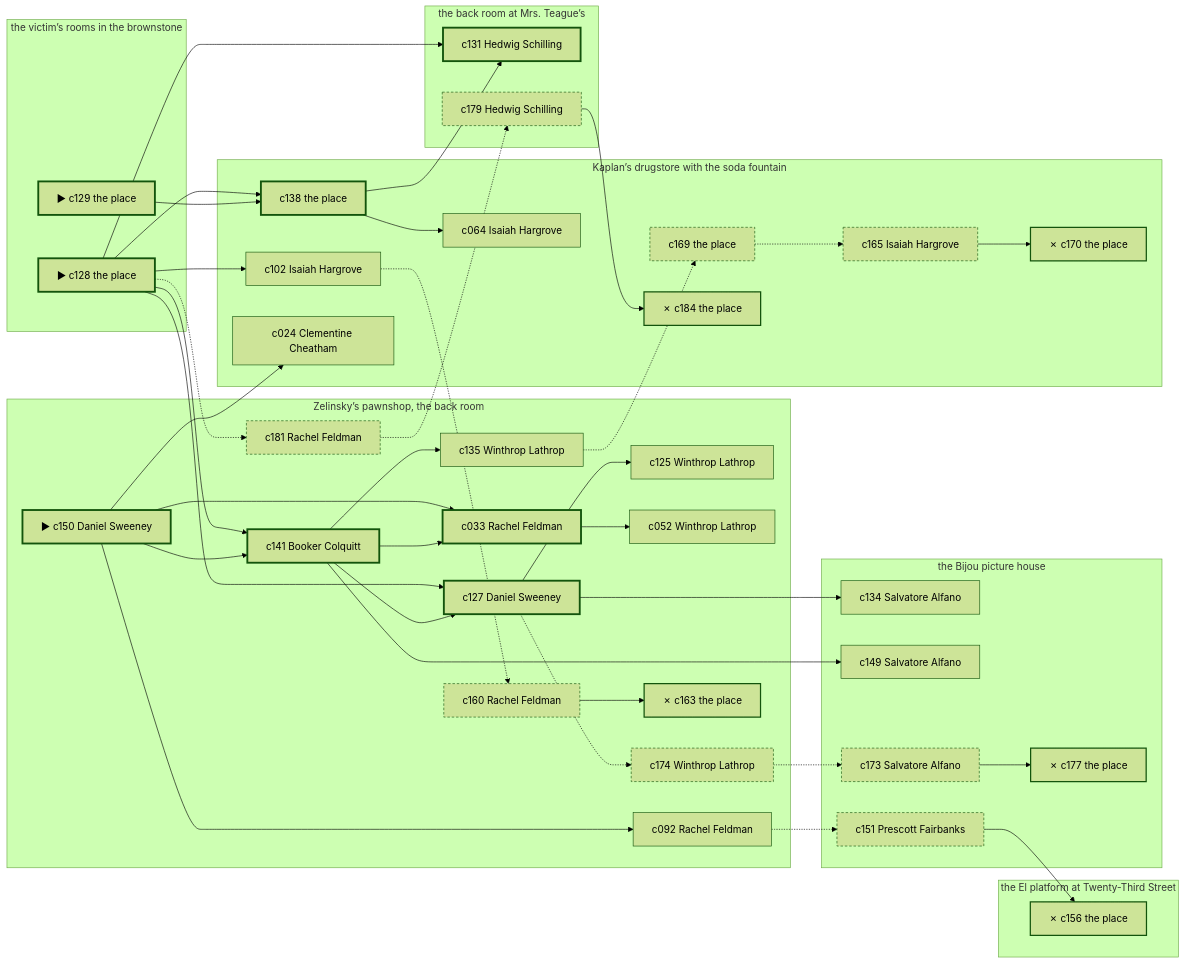
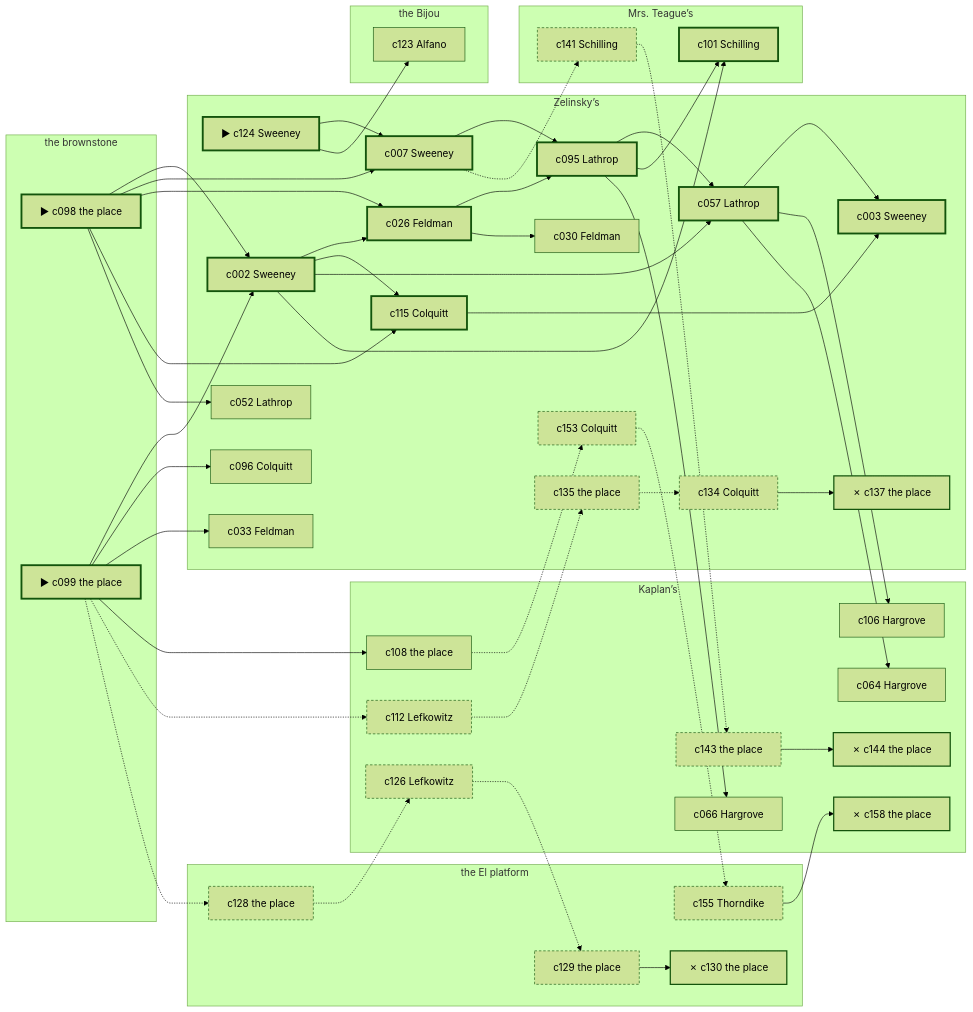
Before and after one commit to lyamshin/dashiell: the diagram in docs/samples/case-18.md, drawn with Mermaid (forest theme). The commit also changed other lines of this file and 60 other files, not shown here.

````diff
--- a/docs/samples/case-18.md
+++ b/docs/samples/case-18.md
@@ -307,85 +319,96 @@
 ```mermaid
 graph LR
-  subgraph P1["the El platform at Twenty-Third Street"]
-    c156["✗ c156 the place"]
+  subgraph P1["the El platform"]
+    c128["c128 the place"]
+    c129["c129 the place"]
+    c130["✗ c130 the place"]
+    c155["c155 Thorndike"]
   end
-  subgraph P2["the victim’s rooms in the brownstone"]
-    c128["▶ c128 the place"]
-    c129["▶ c129 the place"]
+  subgraph P2["the brownstone"]
+    c098["▶ c098 the place"]
+    c099["▶ c099 the place"]
   end
-  subgraph P3["Zelinsky’s pawnshop, the back room"]
-    c150["▶ c150 Daniel Sweeney"]
-    c141["c141 Booker Colquitt"]
-    c033["c033 Rachel Feldman"]
-    c127["c127 Daniel Sweeney"]
-    c125["c125 Winthrop Lathrop"]
-    c052["c052 Winthrop Lathrop"]
-    c135["c135 Winthrop Lathrop"]
-    c092["c092 Rachel Feldman"]
-    c174["c174 Winthrop Lathrop"]
-    c160["c160 Rachel Feldman"]
-    c163["✗ c163 the place"]
-    c181["c181 Rachel Feldman"]
+  subgraph P3["Zelinsky’s"]
+    c124["▶ c124 Sweeney"]
+    c002["c002 Sweeney"]
+    c007["c007 Sweeney"]
+    c026["c026 Feldman"]
+    c095["c095 Lathrop"]
+    c115["c115 Colquitt"]
+    c057["c057 Lathrop"]
+    c003["c003 Sweeney"]
+    c096["c096 Colquitt"]
+    c033["c033 Feldman"]
+    c030["c030 Feldman"]
+    c052["c052 Lathrop"]
+    c135["c135 the place"]
+    c134["c134 Colquitt"]
+    c137["✗ c137 the place"]
+    c153["c153 Colquitt"]
   end
-  subgraph P4["Kaplan’s drugstore with the soda fountain"]
-    c138["c138 the place"]
-    c102["c102 Isaiah Hargrove"]
-    c024["c024 Clementine Cheatham"]
-    c064["c064 Isaiah Hargrove"]
-    c169["c169 the place"]
-    c165["c165 Isaiah Hargrove"]
-    c170["✗ c170 the place"]
-    c184["✗ c184 the place"]
+  subgraph P4["Kaplan’s"]
+    c106["c106 Hargrove"]
+    c108["c108 the place"]
+    c064["c064 Hargrove"]
+    c066["c066 Hargrove"]
+    c112["c112 Lefkowitz"]
+    c126["c126 Lefkowitz"]
+    c143["c143 the place"]
+    c144["✗ c144 the place"]
+    c158["✗ c158 the place"]
   end
-  subgraph P5["the Bijou picture house"]
-    c134["c134 Salvatore Alfano"]
-    c149["c149 Salvatore Alfano"]
-    c173["c173 Salvatore Alfano"]
-    c177["✗ c177 the place"]
-    c151["c151 Prescott Fairbanks"]
+  subgraph P5["the Bijou"]
+    c123["c123 Alfano"]
   end
-  subgraph P6["the back room at Mrs. Teague’s"]
-    c131["c131 Hedwig Schilling"]
-    c179["c179 Hedwig Schilling"]
+  subgraph P6["Mrs. Teague’s"]
+    c101["c101 Schilling"]
+    c141["c141 Schilling"]
   end
-  c128 --> c138
-  c128 --> c141
-  c128 --> c127
-  c128 --> c131
-  c128 --> c102
-  c128 -.-> c181
-  c129 --> c138
-  c150 --> c141
-  c150 --> c033
-  c150 --> c024
-  c150 --> c092
-  c138 --> c131
-  c138 --> c064
-  c141 --> c033
-  c141 --> c127
-  c141 --> c149
-  c141 --> c135
-  c033 --> c052
-  c127 --> c134
-  c127 --> c125
-  c127 -.-> c174
-  c102 -.-> c160
-  c135 -.-> c169
-  c092 -.-> c151
-  c169 -.-> c165
-  c165 --> c170
-  c174 -.-> c173
-  c173 --> c177
-  c160 --> c163
-  c151 --> c156
-  c181 -.-> c179
-  c179 --> c184
+  c098 --> c002
+  c098 --> c007
+  c098 --> c026
+  c098 --> c115
+  c098 --> c052
+  c099 --> c002
+  c099 --> c096
+  c099 --> c033
+  c099 --> c108
+  c099 -.-> c112
+  c099 -.-> c128
+  c124 --> c007
+  c124 --> c123
+  c002 --> c026
+  c002 --> c115
+  c002 --> c057
+  c002 --> c101
+  c007 --> c095
+  c007 -.-> c141
+  c026 --> c095
+  c026 --> c030
+  c095 --> c057
+  c095 --> c101
+  c095 --> c066
+  c115 --> c003
+  c057 --> c003
+  c057 --> c106
+  c057 --> c064
+  c108 -.-> c153
+  c112 -.-> c135
+  c135 -.-> c134
+  c134 --> c137
+  c128 -.-> c126
+  c126 -.-> c129
+  c129 --> c130
+  c141 -.-> c143
+  c143 --> c144
+  c153 -.-> c155
+  c155 --> c158
   classDef spine stroke-width:3px;
   classDef corrob stroke-width:1px;
   classDef noise stroke-dasharray: 4 3;
   classDef disq stroke-width:2px,stroke-dasharray: 1 0;
-  class c128,c129,c150,c138,c141,c033,c127,c131 spine;
-  class c102,c134,c125,c149,c024,c052,c135,c064,c092 corrob;
-  class c169,c165,c174,c173,c160,c151,c181,c179 noise;
-  class c170,c177,c163,c156,c184 disq;
+  class c098,c099,c124,c002,c007,c026,c095,c115,c057,c003,c101 spine;
+  class c106,c123,c096,c033,c030,c108,c052,c064,c066 corrob;
+  class c112,c135,c134,c128,c126,c129,c141,c143,c153,c155 noise;
+  class c137,c130,c144,c158 disq;
 ```
````
